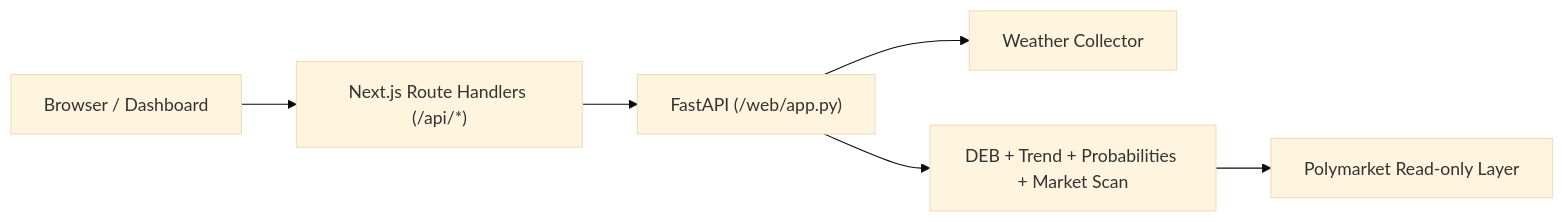
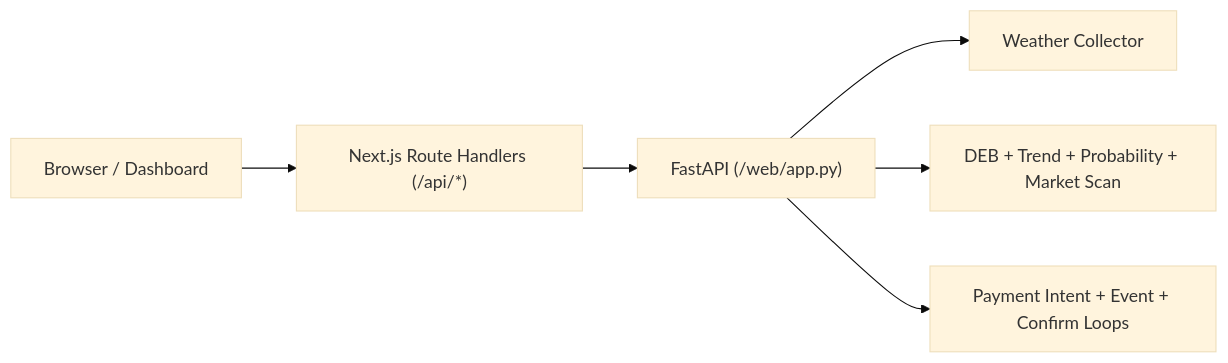
One commit to ivanmladek/PolyWeather changed the diagram in docs/API_ZH.md. Above: the diagram before and after it, drawn with Mermaid (base theme). The commit also changed other lines of this file and 10 other files, not shown here.

Commit message:
feat: Introduce open-core policy, commercialization, and payment verification documentation, and update README with new product status, payment architecture, and documentation index.

````diff
--- a/docs/API_ZH.md
+++ b/docs/API_ZH.md
@@ -22,8 +15,8 @@
 ```mermaid
 flowchart LR
     FE["Browser / Dashboard"] --> BFF["Next.js Route Handlers (/api/*)"]
     BFF --> API["FastAPI (/web/app.py)"]
     API --> WX["Weather Collector"]
-    API --> ANA["DEB + Trend + Probabilities + Market Scan"]
-    ANA --> PM["Polymarket Read-only Layer"]
+    API --> ANA["DEB + Trend + Probability + Market Scan"]
+    API --> PAY["Payment Intent + Event + Confirm Loops"]
 ```
````
